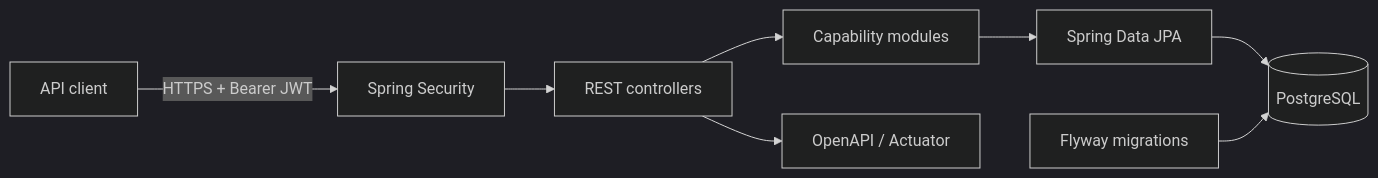
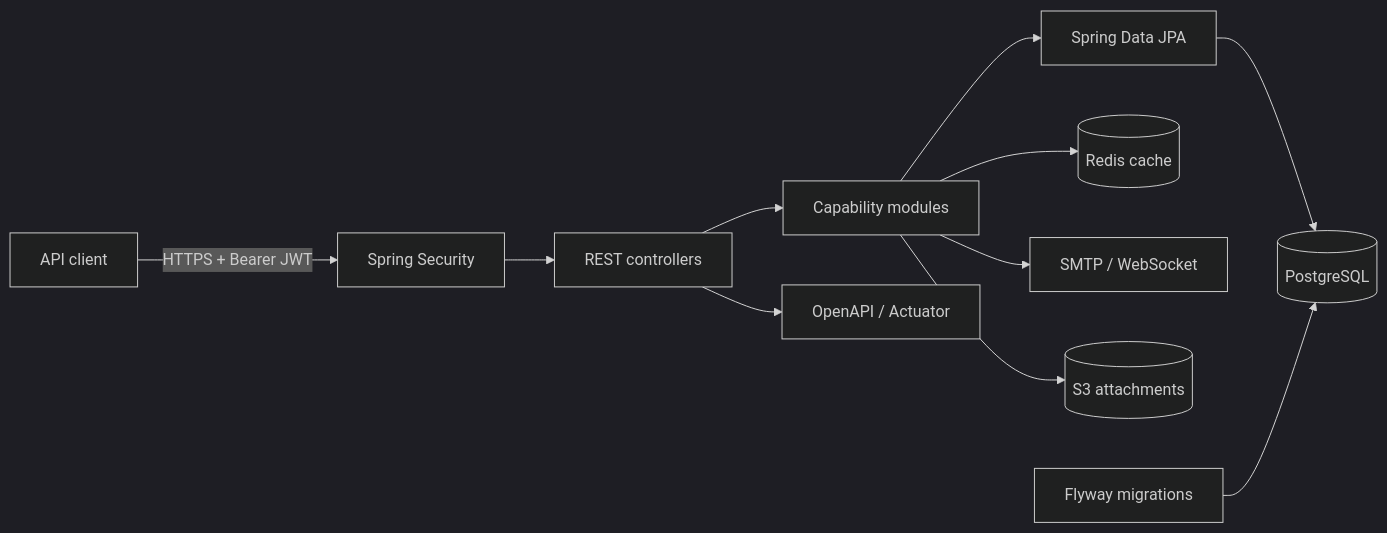
Before and after one commit to Goureesankarr/sprintforge: the first of 2 diagrams in README.md, drawn with Mermaid (dark theme). The commit also changed other lines of this file and 1 other file, not shown here.

Commit message:
docs: document production architecture

````diff
--- a/README.md
+++ b/README.md
@@ -25,10 +27,13 @@
 ```mermaid
 flowchart LR
     C[API client] -->|HTTPS + Bearer JWT| S[Spring Security]
     S --> A[REST controllers]
     A --> M[Capability modules]
     M --> J[Spring Data JPA]
     J --> P[(PostgreSQL)]
+    M --> R[(Redis cache)]
+    M --> E[SMTP / WebSocket]
+    M --> S3[(S3 attachments)]
     F[Flyway migrations] --> P
     A --> O[OpenAPI / Actuator]
 ```
````
